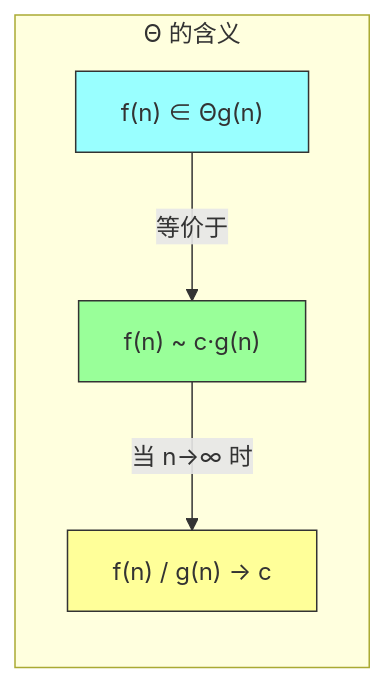
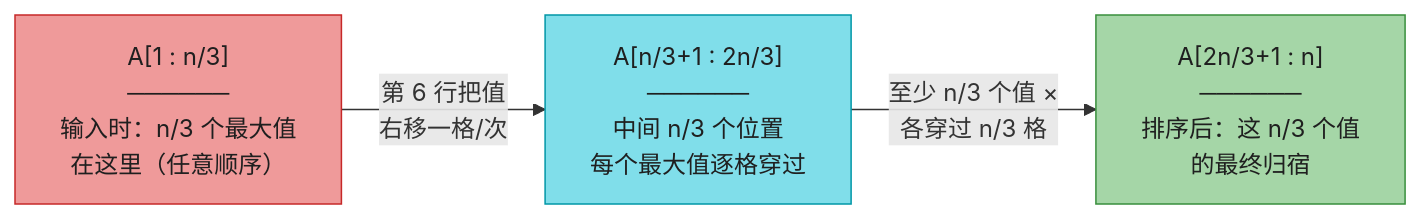
One commit to socoo123/book_reading changed the first of 3 diagrams in IntroductionToAlgorithms/Chapter03_函数的增长_深度版.md. Above: the diagram before and after it, drawn with Mermaid. The commit also changed other lines of this file and 30 other files, not shown here.

````diff
--- a/IntroductionToAlgorithms/Chapter03_函数的增长_深度版.md
+++ b/IntroductionToAlgorithms/Chapter03_函数的增长_深度版.md
@@ -68,11 +55,12 @@
 ```mermaid
 flowchart LR
-    subgraph Θ 的含义
-    A["f(n) ∈ Θg(n)"] -->|"等价于"| B["f(n) ~ c·g(n)"]
-    B -->|"当 n→∞ 时"| C["f(n) / g(n) → c"]
-    end
+    a1["A[1 : n/3]<br/>──────<br/>输入时：n/3 个最大值<br/>在这里（任意顺序）"]
+    a2["A[n/3+1 : 2n/3]<br/>──────<br/>中间 n/3 个位置<br/>每个最大值逐格穿过"]
+    a3["A[2n/3+1 : n]<br/>──────<br/>排序后：这 n/3 个值<br/>的最终归宿"]
+    a1 -->|"第 6 行把值<br/>右移一格/次"| a2
+    a2 -->|"至少 n/3 个值 ×<br/>各穿过 n/3 格"| a3
 
-    style A fill:#9ff,stroke:#333
-    style B fill:#9f9,stroke:#333
-    style C fill:#ff9,stroke:#333
+    style a1 fill:#EF9A9A,stroke:#C62828,color:#1f1f1f
+    style a2 fill:#80DEEA,stroke:#0097A7,color:#1f1f1f
+    style a3 fill:#A5D6A7,stroke:#388E3C,color:#1f1f1f
 ```
````
